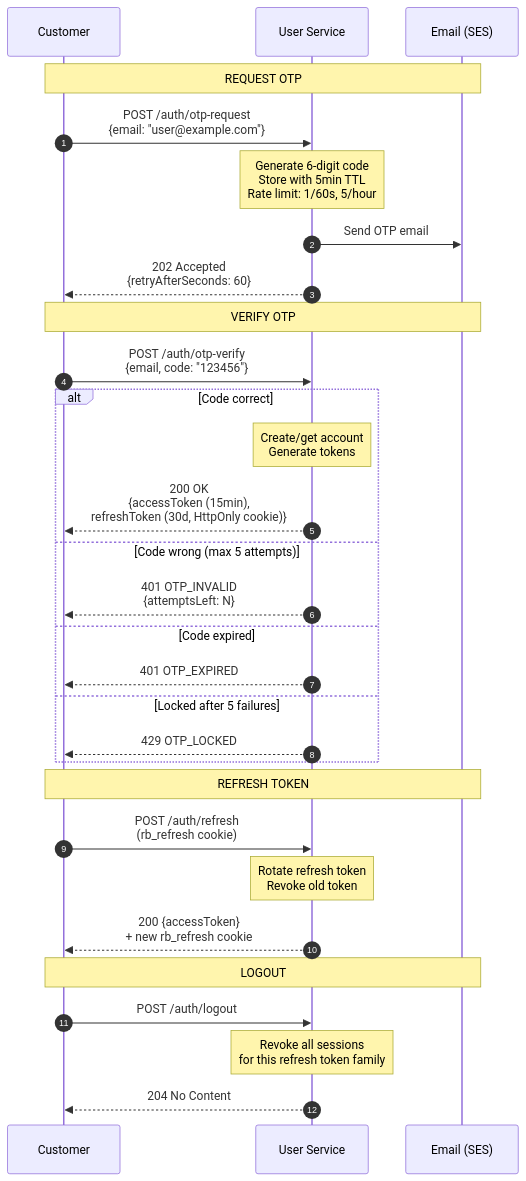
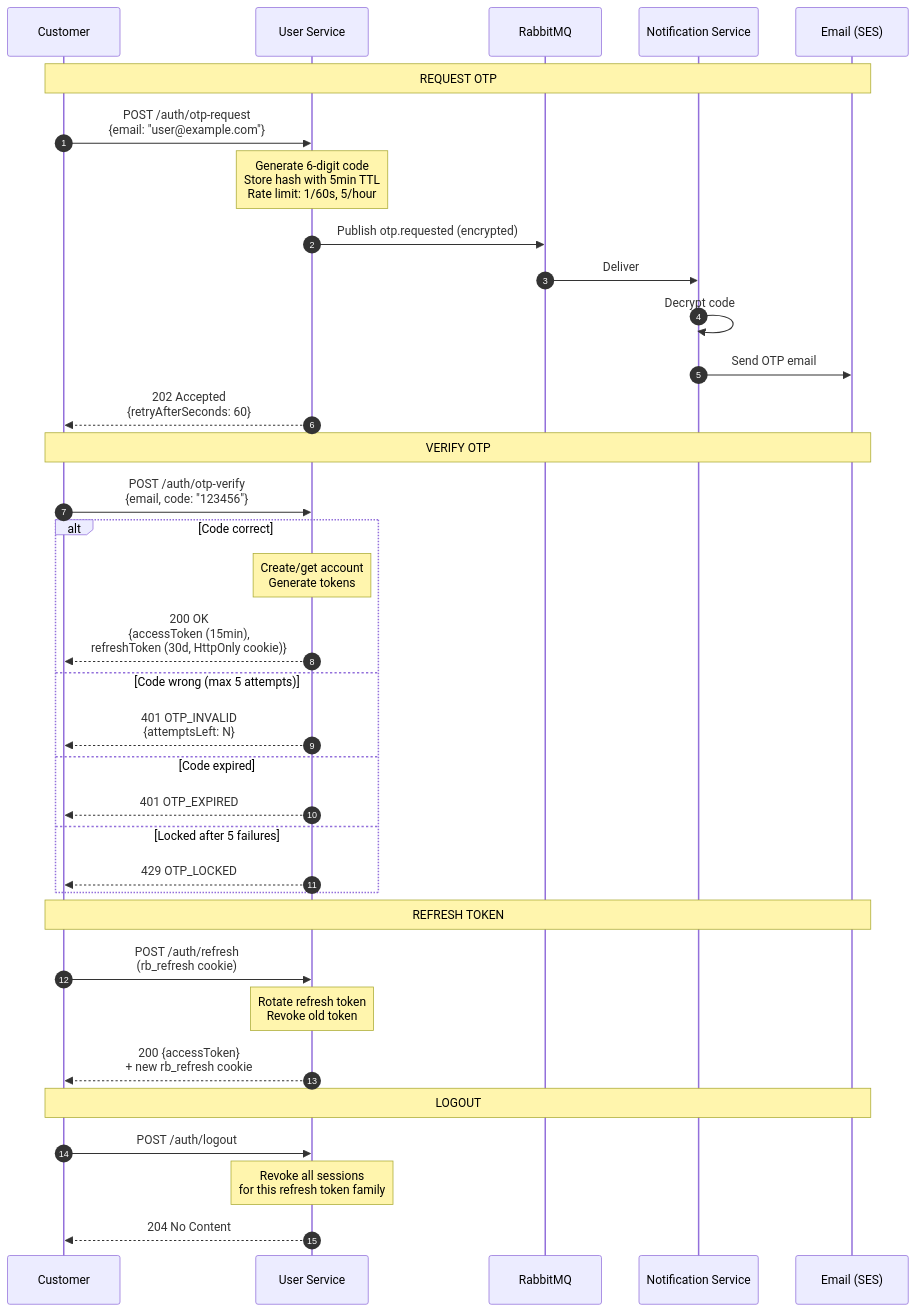
One commit to tiket-sampai-nonton/rusuh-booking-be changed diagram 18 of 23 in docs/sdd/E2E-FLOW-DIAGRAMS-MERMAID.md. Above: the diagram before and after it, drawn with Mermaid. The commit also changed 26 other files, not shown here.

````diff
--- a/docs/sdd/E2E-FLOW-DIAGRAMS-MERMAID.md
+++ b/docs/sdd/E2E-FLOW-DIAGRAMS-MERMAID.md
@@ -632,37 +632,42 @@
 ```mermaid
 sequenceDiagram
     autonumber
     participant C as Customer
     participant U as User Service
+    participant MQ as RabbitMQ
+    participant N as Notification Service
     participant E as Email (SES)
     
     Note over C,E: REQUEST OTP
     C->>U: POST /auth/otp-request<br/>{email: "user@example.com"}
-    Note over U: Generate 6-digit code<br/>Store with 5min TTL<br/>Rate limit: 1/60s, 5/hour
-    U->>E: Send OTP email
+    Note over U: Generate 6-digit code<br/>Store hash with 5min TTL<br/>Rate limit: 1/60s, 5/hour
+    U->>MQ: Publish otp.requested (encrypted)
+    MQ->>N: Deliver
+    N->>N: Decrypt code
+    N->>E: Send OTP email
     U-->>C: 202 Accepted<br/>{retryAfterSeconds: 60}
     
     Note over C,E: VERIFY OTP
     C->>U: POST /auth/otp-verify<br/>{email, code: "123456"}
     
     alt Code correct
         Note over U: Create/get account<br/>Generate tokens
         U-->>C: 200 OK<br/>{accessToken (15min),<br/>refreshToken (30d, HttpOnly cookie)}
     else Code wrong (max 5 attempts)
         U-->>C: 401 OTP_INVALID<br/>{attemptsLeft: N}
     else Code expired
         U-->>C: 401 OTP_EXPIRED
     else Locked after 5 failures
         U-->>C: 429 OTP_LOCKED
     end
     
     Note over C,E: REFRESH TOKEN
     C->>U: POST /auth/refresh<br/>(rb_refresh cookie)
     Note over U: Rotate refresh token<br/>Revoke old token
     U-->>C: 200 {accessToken}<br/>+ new rb_refresh cookie
     
     Note over C,E: LOGOUT
     C->>U: POST /auth/logout
     Note over U: Revoke all sessions<br/>for this refresh token family
     U-->>C: 204 No Content
 ```
````
